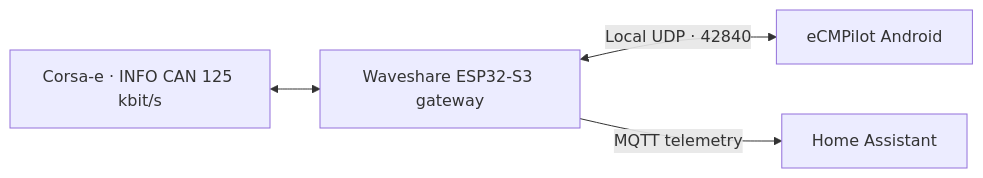
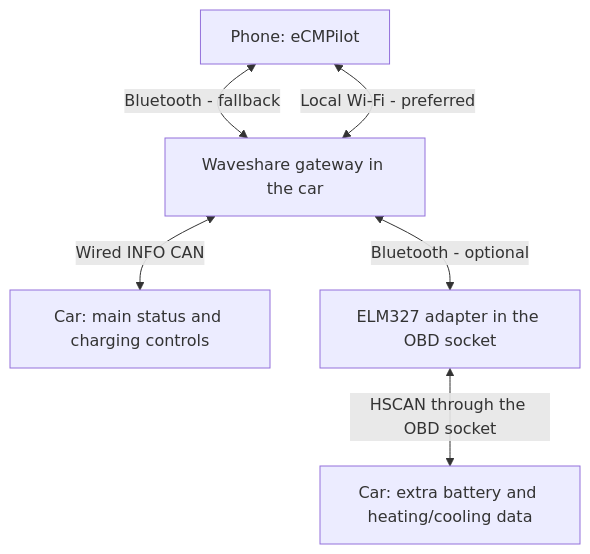
Before and after one commit to tkupilik/ecmpilot: the diagram in README.md, drawn with Mermaid. The commit also changed other lines of this file and 18 other files, not shown here.

````diff
--- a/README.md
+++ b/README.md
@@ -43,6 +47,8 @@
 ```mermaid
-flowchart LR
-    Car["Corsa-e · INFO CAN 125 kbit/s"] <--> GW["Waveshare ESP32-S3 gateway"]
-    GW <-->|"Local UDP · 42840"| App["eCMPilot Android"]
-    GW -->|"MQTT telemetry"| HA["Home Assistant"]
+flowchart TB
+    App["Phone: eCMPilot"] <-->|"Bluetooth - fallback"| GW["Waveshare gateway in the car"]
+    App <-->|"Local Wi-Fi - preferred"| GW
+    GW <-->|"Wired INFO CAN"| INFO["Car: main status and charging controls"]
+    GW <-->|"Bluetooth - optional"| ELM["ELM327 adapter in the OBD socket"]
+    ELM <-->|"HSCAN through the OBD socket"| HS["Car: extra battery and heating/cooling data"]
 ```
````
